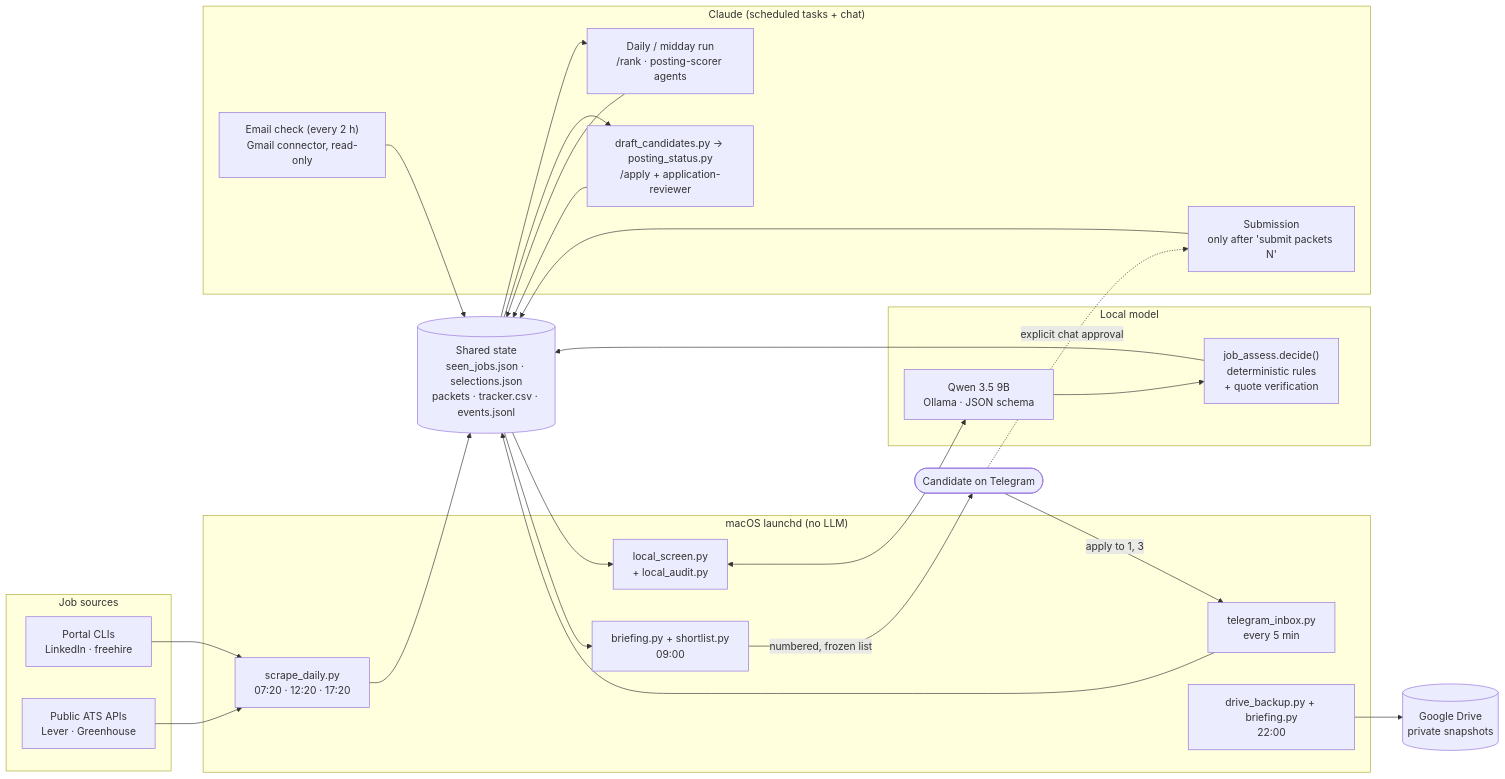
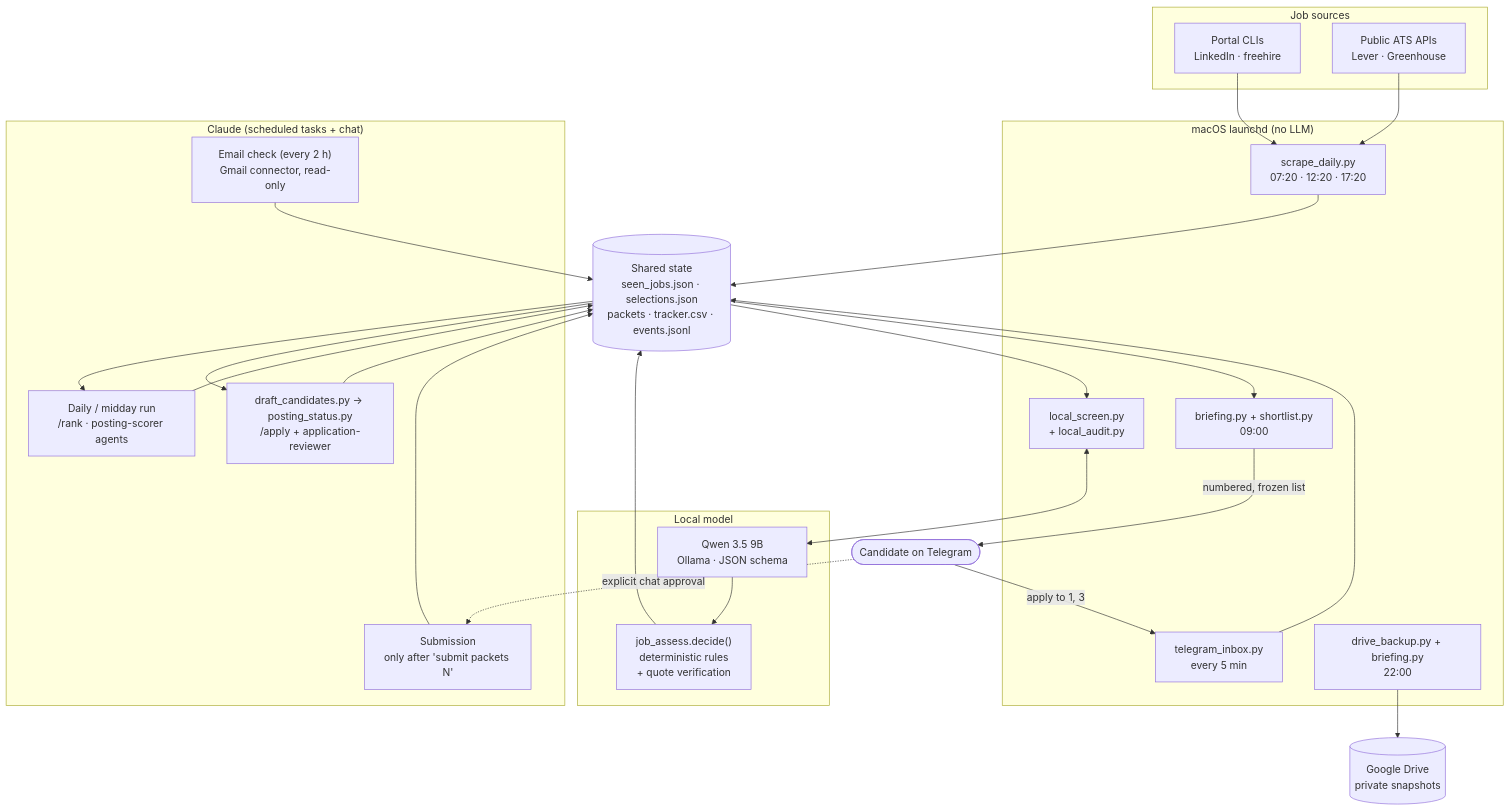
The diagram in README.md (Ahmet-Tarik/ai-job-search-autopilot), drawn with Mermaid before and after one commit. The commit also changed other lines of this file, not shown here.

````diff
--- a/README.md
+++ b/README.md
@@ -56,47 +75,47 @@
 ```mermaid
-flowchart LR
+flowchart TB
     subgraph launchd["macOS launchd (no LLM)"]
         S["scrape_daily.py<br/>07:20 · 12:20 · 17:20"]
         LS["local_screen.py<br/>+ local_audit.py"]
         M["briefing.py + shortlist.py<br/>09:00"]
         I["telegram_inbox.py<br/>every 5 min"]
         E["drive_backup.py + briefing.py<br/>22:00"]
     end
     subgraph sources["Job sources"]
         P["Portal CLIs<br/>LinkedIn · freehire"]
         A["Public ATS APIs<br/>Lever · Greenhouse"]
     end
     subgraph local["Local model"]
         Q["Qwen 3.5 9B<br/>Ollama · JSON schema"]
         D["job_assess.decide()<br/>deterministic rules<br/>+ quote verification"]
     end
     subgraph claude["Claude (scheduled tasks + chat)"]
         R["Daily / midday run<br/>/rank · posting-scorer agents"]
         DR["draft_candidates.py → posting_status.py<br/>/apply + application-reviewer"]
         EM["Email check (every 2 h)<br/>Gmail connector, read-only"]
         SUB["Submission<br/>only after 'submit packets N'"]
     end
     ST[("Shared state<br/>seen_jobs.json · selections.json<br/>packets · tracker.csv · events.jsonl")]
     TG(["Candidate on Telegram"])
     GD[("Google Drive<br/>private snapshots")]
 
     P --> S
     A --> S
     S --> ST
     ST --> LS
     LS <--> Q
     Q --> D
     D --> ST
     ST --> R
     R --> ST
     ST --> DR
     DR --> ST
     EM --> ST
     ST --> M
     M -->|numbered, frozen list| TG
     TG -->|"apply to 1, 3"| I
     I --> ST
     TG -.->|explicit chat approval| SUB
     SUB --> ST
     E --> GD
 ```
````
